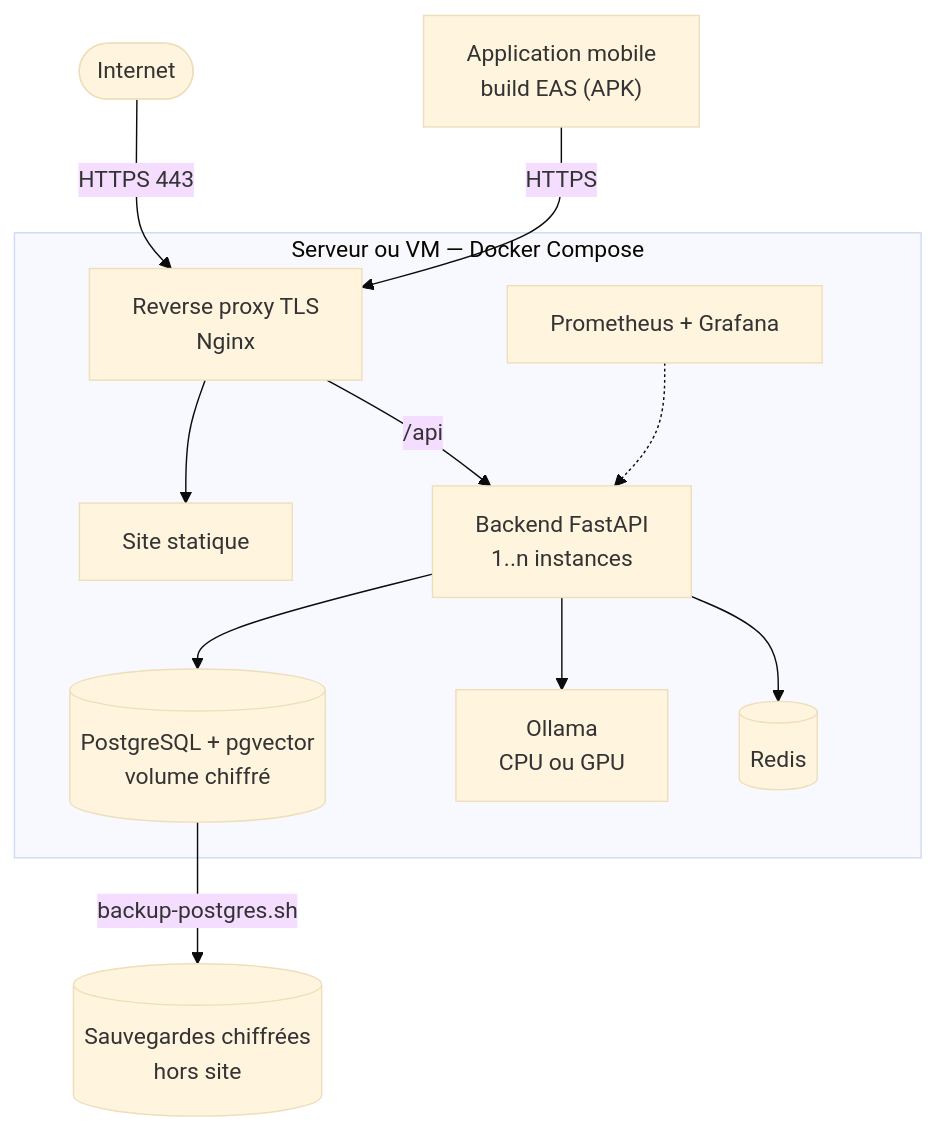
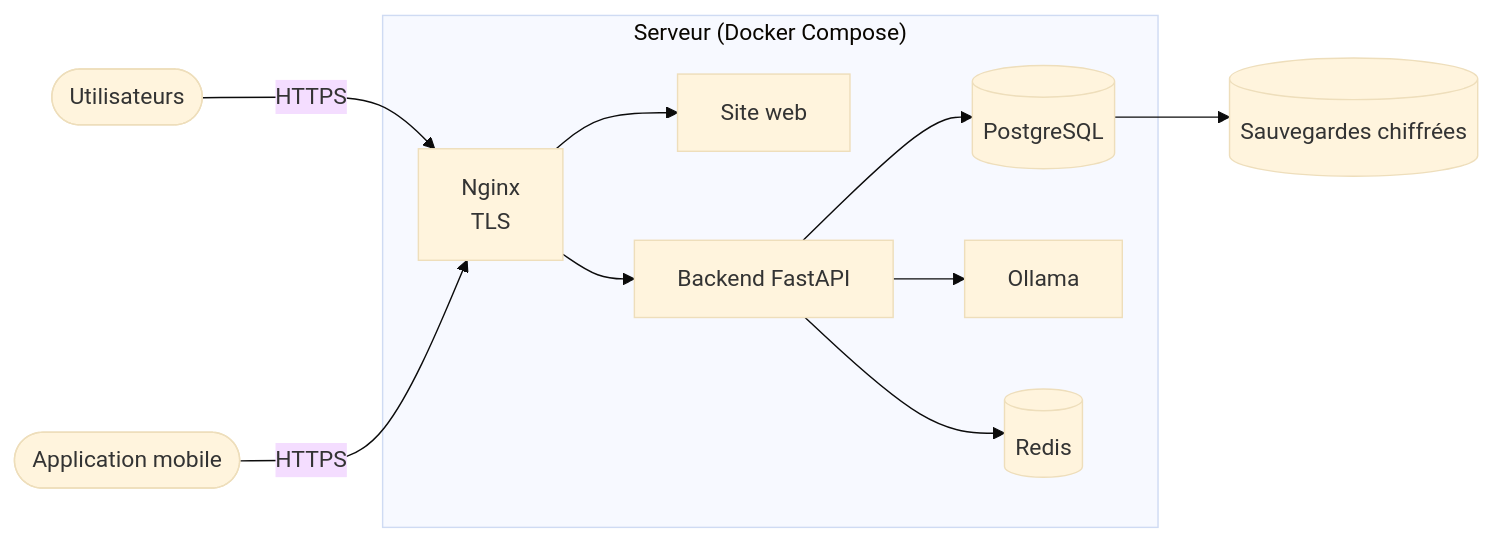
The third of 3 diagrams in README.fr.md (Dioumadev221/SUNUSAFEGUARD), drawn with Mermaid (base theme) before and after one commit. The commit also changed other lines of this file and 1 other file, not shown here.

````diff
--- a/README.fr.md
+++ b/README.fr.md
@@ -912,14 +494,13 @@
 ```mermaid
-flowchart TB
-    INTERNET(["Internet"]) -->|HTTPS 443| LB["Reverse proxy TLS<br/>Nginx"]
-    subgraph SERVEUR["Serveur ou VM — Docker Compose"]
-        LB --> FE["Site statique"]
-        LB -->|/api| BE["Backend FastAPI<br/>1..n instances"]
-        BE --> PG[("PostgreSQL + pgvector<br/>volume chiffré")]
-        BE --> OL["Ollama<br/>CPU ou GPU"]
-        BE --> RD[("Redis")]
-        MON["Prometheus + Grafana"] -.-> BE
+flowchart LR
+    USERS(["Utilisateurs"]) -->|HTTPS| PROXY["Nginx<br/>TLS"]
+    APP(["Application mobile"]) -->|HTTPS| PROXY
+    subgraph HOST["Serveur (Docker Compose)"]
+        PROXY --> WEBSITE["Site web"]
+        PROXY --> BACKEND["Backend FastAPI"]
+        BACKEND --> PG[("PostgreSQL")]
+        BACKEND --> LLM["Ollama"]
+        BACKEND --> CACHE[("Redis")]
     end
-    PG -->|backup-postgres.sh| BK[("Sauvegardes chiffrées<br/>hors site")]
-    APP["Application mobile<br/>build EAS (APK)"] -->|HTTPS| LB
+    PG --> BACKUP[("Sauvegardes chiffrées")]
 ```
````
